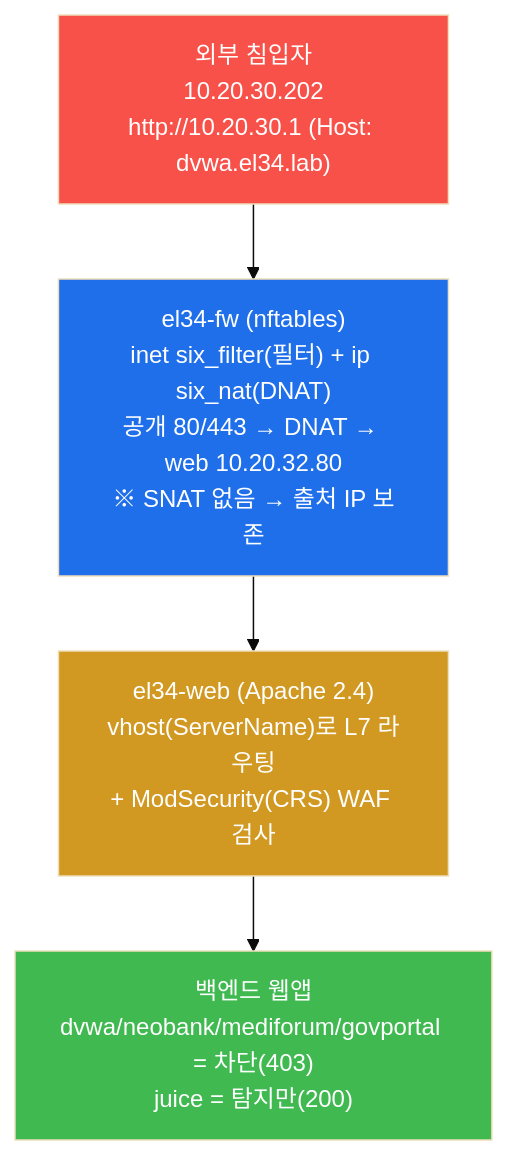
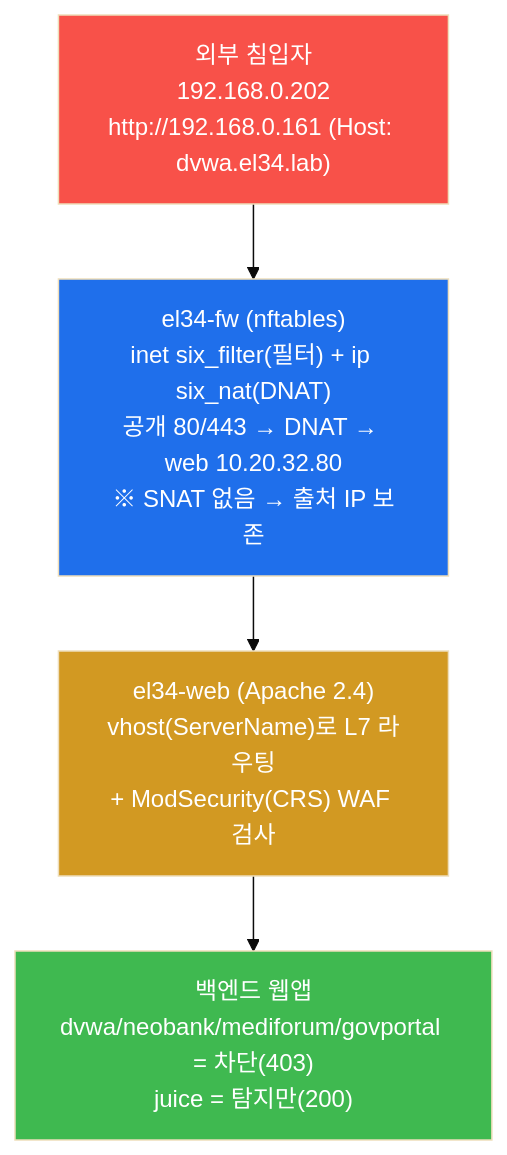
The seventh of 10 diagrams in contents/training/attack/lecture_week08.md (mrgrit/tw2), drawn with Mermaid (base theme) before and after one commit. The commit also changed other lines of this file and 304 other files, not shown here.

````diff
--- a/contents/training/attack/lecture_week08.md
+++ b/contents/training/attack/lecture_week08.md
@@ -346,12 +346,12 @@
 ```mermaid
 graph TD
-    ATK["외부 침입자<br/>10.20.30.202<br/>http://10.20.30.1 (Host: dvwa.el34.lab)"]
+    ATK["외부 침입자<br/>192.168.0.202<br/>http://192.168.0.161 (Host: dvwa.el34.lab)"]
     FW["el34-fw (nftables)<br/>inet six_filter(필터) + ip six_nat(DNAT)<br/>공개 80/443 → DNAT → web 10.20.32.80<br/>※ SNAT 없음 → 출처 IP 보존"]
     WEB["el34-web (Apache 2.4)<br/>vhost(ServerName)로 L7 라우팅<br/>+ ModSecurity(CRS) WAF 검사"]
     APP["백엔드 웹앱<br/>dvwa/neobank/mediforum/govportal = 차단(403)<br/>juice = 탐지만(200)"]
     ATK --> FW --> WEB --> APP
     style ATK fill:#f85149,color:#fff
     style FW fill:#1f6feb,color:#fff
     style WEB fill:#d29922,color:#fff
     style APP fill:#3fb950,color:#fff
 ```
````
